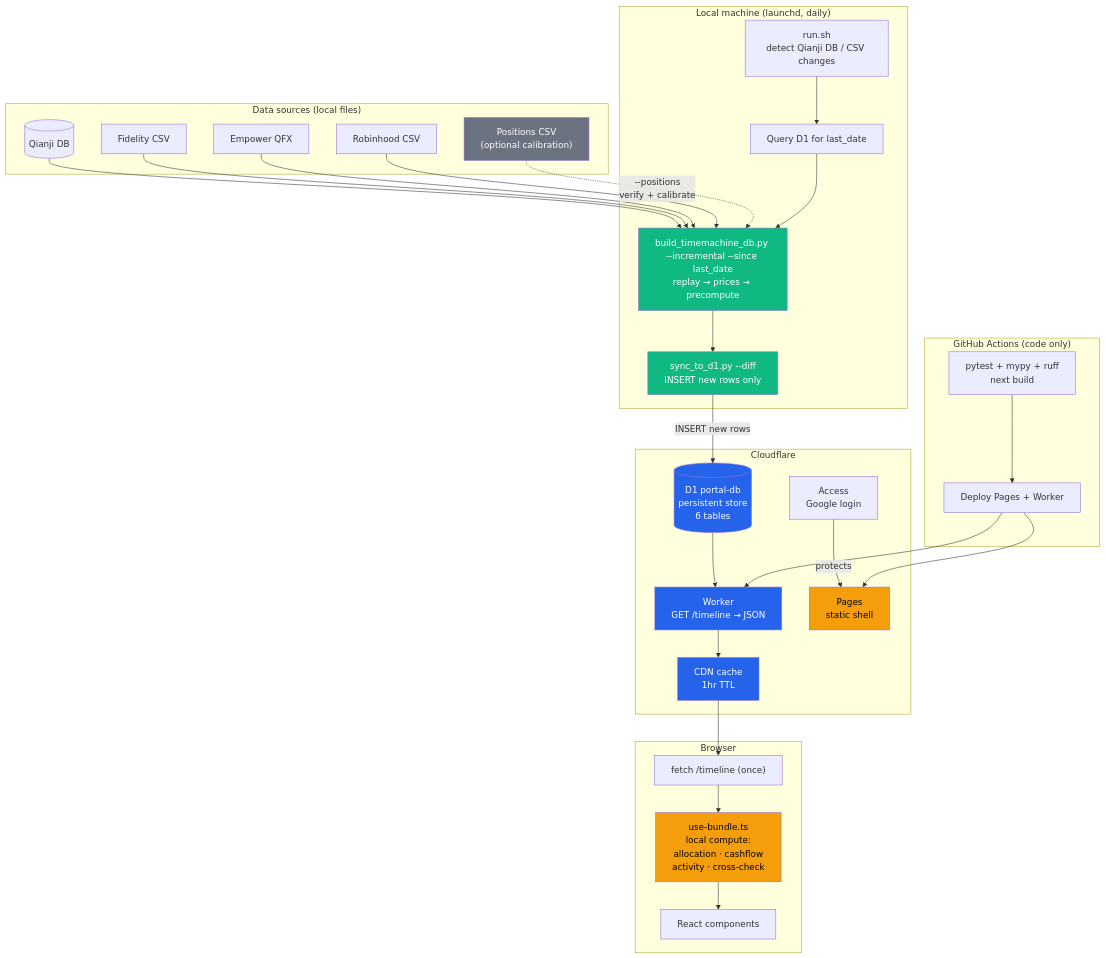
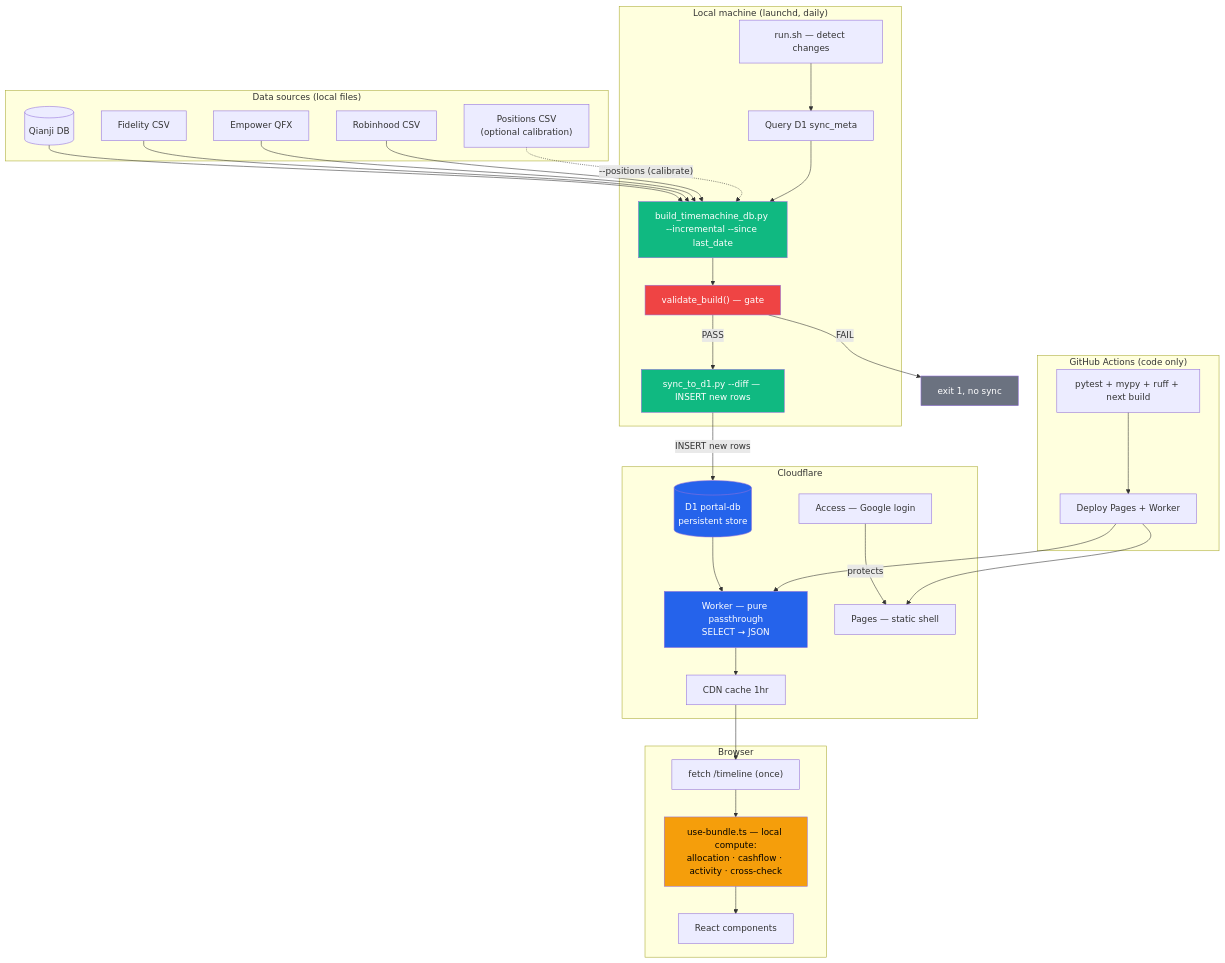
Before and after one commit to Guoyuer/portal: the diagram in docs/TODO-pipeline-cleanup.md, drawn with Mermaid. The commit also changed other lines of this file, not shown here.

````diff
--- a/docs/TODO-pipeline-cleanup.md
+++ b/docs/TODO-pipeline-cleanup.md
@@ -7,61 +7,56 @@
 ```mermaid
 graph TB
     subgraph Local["Local machine (launchd, daily)"]
-        DETECT["run.sh<br/>detect Qianji DB / CSV changes"]
-        QUERY["Query D1 for last_date"]
-        BUILD["build_timemachine_db.py --incremental --since last_date<br/>replay → prices → precompute"]
-        DIFF["sync_to_d1.py --diff<br/>INSERT new rows only"]
+        DETECT["run.sh — detect changes"]
+        QUERY["Query D1 sync_meta"]
+        BUILD["build_timemachine_db.py --incremental --since last_date"]
+        VALIDATE["validate_build() — gate"]
+        DIFF["sync_to_d1.py --diff — INSERT new rows"]
     end
 
     subgraph Sources["Data sources (local files)"]
         QJ[(Qianji DB)]
         FID[Fidelity CSV]
         QFX[Empower QFX]
         RH[Robinhood CSV]
         POS["Positions CSV<br/>(optional calibration)"]
     end
 
     subgraph Cloud["Cloudflare"]
-        D1[(D1 portal-db<br/>persistent store<br/>6 tables)]
-        WORKER["Worker<br/>GET /timeline → JSON"]
-        CDN["CDN cache<br/>1hr TTL"]
-        PAGES["Pages<br/>static shell"]
-        ACCESS["Access<br/>Google login"]
+        D1[(D1 portal-db<br/>persistent store)]
+        WORKER["Worker — pure passthrough<br/>SELECT → JSON"]
+        CDN["CDN cache 1hr"]
+        PAGES["Pages — static shell"]
+        ACCESS["Access — Google login"]
     end
 
     subgraph Frontend["Browser"]
         FETCH["fetch /timeline (once)"]
-        BUNDLE["use-bundle.ts<br/>local compute:<br/>allocation · cashflow<br/>activity · cross-check"]
+        BUNDLE["use-bundle.ts — local compute:<br/>allocation · cashflow · activity · cross-check"]
         UI["React components"]
     end
 
     subgraph CI["GitHub Actions (code only)"]
-        TEST["pytest + mypy + ruff<br/>next build"]
+        TEST["pytest + mypy + ruff + next build"]
         DEPLOY["Deploy Pages + Worker"]
     end
 
     QJ & FID & QFX & RH --> BUILD
-    POS -.->|"--positions<br/>verify + calibrate"| BUILD
-    DETECT --> QUERY
-    QUERY --> BUILD
-    BUILD --> DIFF
+    POS -.->|"--positions (calibrate)"| BUILD
+    DETECT --> QUERY --> BUILD --> VALIDATE
+    VALIDATE -->|PASS| DIFF
+    VALIDATE -->|FAIL| STOP["exit 1, no sync"]
     DIFF -->|"INSERT new rows"| D1
-    D1 --> WORKER
-    WORKER --> CDN
-    CDN --> FETCH
-    FETCH --> BUNDLE
-    BUNDLE --> UI
+    D1 --> WORKER --> CDN --> FETCH --> BUNDLE --> UI
     ACCESS -->|protects| PAGES
-    TEST --> DEPLOY
-    DEPLOY --> PAGES
+    TEST --> DEPLOY --> PAGES
     DEPLOY --> WORKER
 
     style D1 fill:#2563eb,color:#fff
     style WORKER fill:#2563eb,color:#fff
-    style CDN fill:#2563eb,color:#fff
+    style VALIDATE fill:#ef4444,color:#fff
     style BUILD fill:#10b981,color:#fff
     style DIFF fill:#10b981,color:#fff
     style BUNDLE fill:#f59e0b,color:#000
-    style PAGES fill:#f59e0b,color:#000
-    style POS fill:#6b7280,color:#fff
+    style STOP fill:#6b7280,color:#fff
 ```
````
